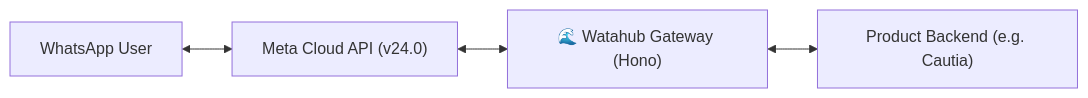
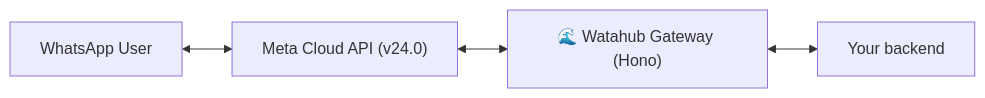
The diagram in README.md (Hub-Ventures/watahub), drawn with Mermaid before and after one commit. The commit also changed 3 other files, not shown here.

````diff
--- a/README.md
+++ b/README.md
@@ -30,6 +30,6 @@
 ```mermaid
 flowchart LR
     User["WhatsApp User"] <--> Meta["Meta Cloud API (v24.0)"]
     Meta <--> Watahub["🌊 Watahub Gateway (Hono)"]
-    Watahub <--> Cautia["Product Backend (e.g. Cautia)"]
+    Watahub <--> Backend["Your backend"]
 ```
````
